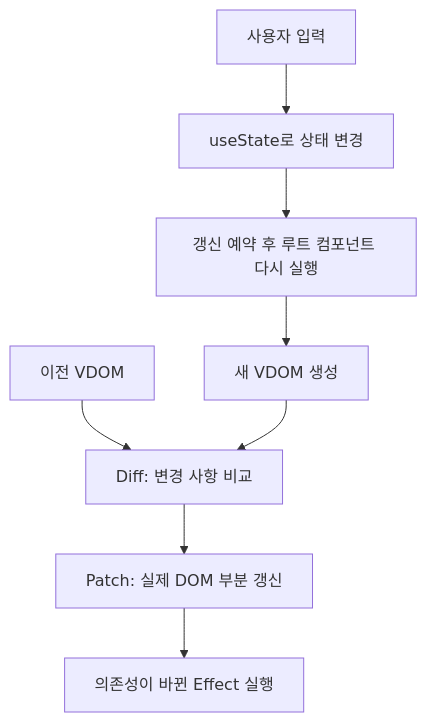
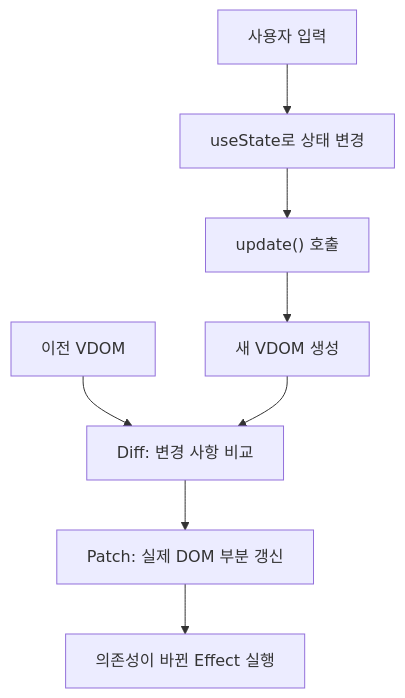
One commit to kimhyungwang/mini-react changed the diagram in README.md. Above: the diagram before and after it, drawn with Mermaid. The commit also changed other lines of this file, not shown here.

````diff
--- a/README.md
+++ b/README.md
@@ -11,10 +11,10 @@
 ```mermaid
 flowchart TD
     Input[사용자 입력] --> State[useState로 상태 변경]
-    State --> Render[갱신 예약 후 루트 컴포넌트 다시 실행]
-    Render --> Next[새 VDOM 생성]
+    State --> Update["update() 호출"]
+    Update --> Next[새 VDOM 생성]
     Previous[이전 VDOM] --> Diff[Diff: 변경 사항 비교]
     Next --> Diff
     Diff --> Patch[Patch: 실제 DOM 부분 갱신]
     Patch --> Effect[의존성이 바뀐 Effect 실행]
 ```
````
